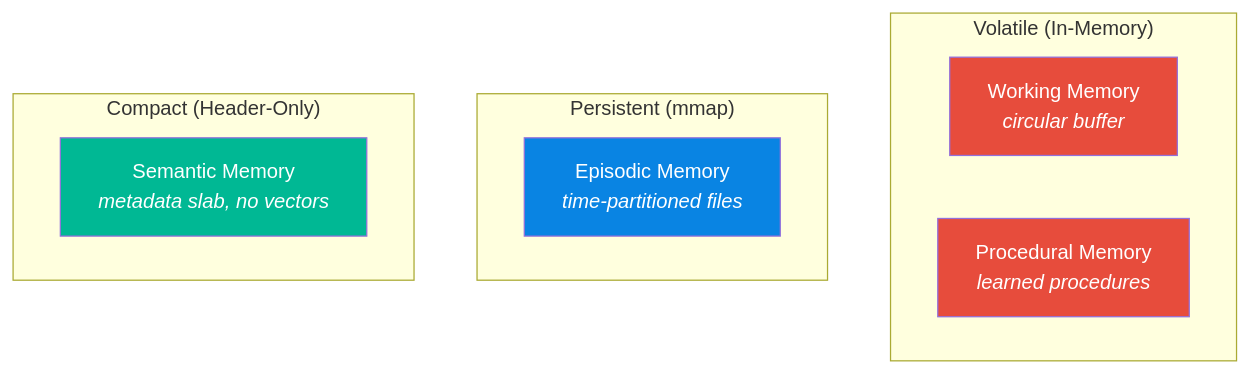
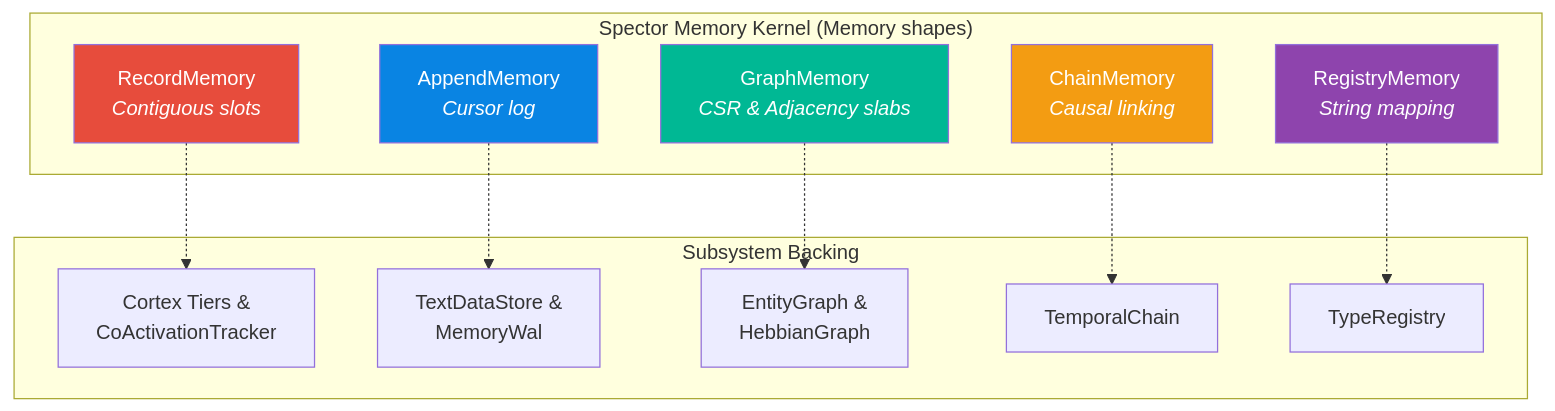
One commit to spectrayan/spector changed the second of 5 diagrams in docs/docs/memory/panama-design.md. Above: the diagram before and after it, drawn with Mermaid. The commit also changed other lines of this file and 5 other files, not shown here.

First line of the commit message:
docs(memory): update documentation for PR 372 memory kernel Phase 1a

````diff
--- a/docs/docs/memory/panama-design.md
+++ b/docs/docs/memory/panama-design.md
@@ -59,20 +61,30 @@
 ```mermaid
 flowchart TD
-    subgraph "Volatile (In-Memory)"
-        WM["Working Memory<br/><i>circular buffer</i>"]
-        PM["Procedural Memory<br/><i>learned procedures</i>"]
+    subgraph "Spector Memory Kernel (Memory shapes)"
+        RM["RecordMemory<br/><i>Contiguous slots</i>"]
+        AM["AppendMemory<br/><i>Cursor log</i>"]
+        GM["GraphMemory<br/><i>CSR & Adjacency slabs</i>"]
+        CM["ChainMemory<br/><i>Causal linking</i>"]
+        YM["RegistryMemory<br/><i>String mapping</i>"]
     end
 
-    subgraph "Persistent (mmap)"
-        EM["Episodic Memory<br/><i>time-partitioned files</i>"]
+    subgraph "Subsystem Backing"
+        RM_C["Cortex Tiers &<br/>CoActivationTracker"]
+        AM_C["TextDataStore &<br/>MemoryWal"]
+        GM_C["EntityGraph &<br/>HebbianGraph"]
+        CM_C["TemporalChain"]
+        YM_C["TypeRegistry"]
     end
 
-    subgraph "Compact (Header-Only)"
-        SM["Semantic Memory<br/><i>metadata slab, no vectors</i>"]
-    end
+    RM -.-> RM_C
+    AM -.-> AM_C
+    GM -.-> GM_C
+    CM -.-> CM_C
+    YM -.-> YM_C
 
-    style WM fill:#e74c3c,color:white
-    style PM fill:#e74c3c,color:white
-    style EM fill:#0984e3,color:white
-    style SM fill:#00b894,color:white
+    style RM fill:#e74c3c,color:white
+    style AM fill:#0984e3,color:white
+    style GM fill:#00b894,color:white
+    style CM fill:#f39c12,color:white
+    style YM fill:#8e44ad,color:white
 ```
````
